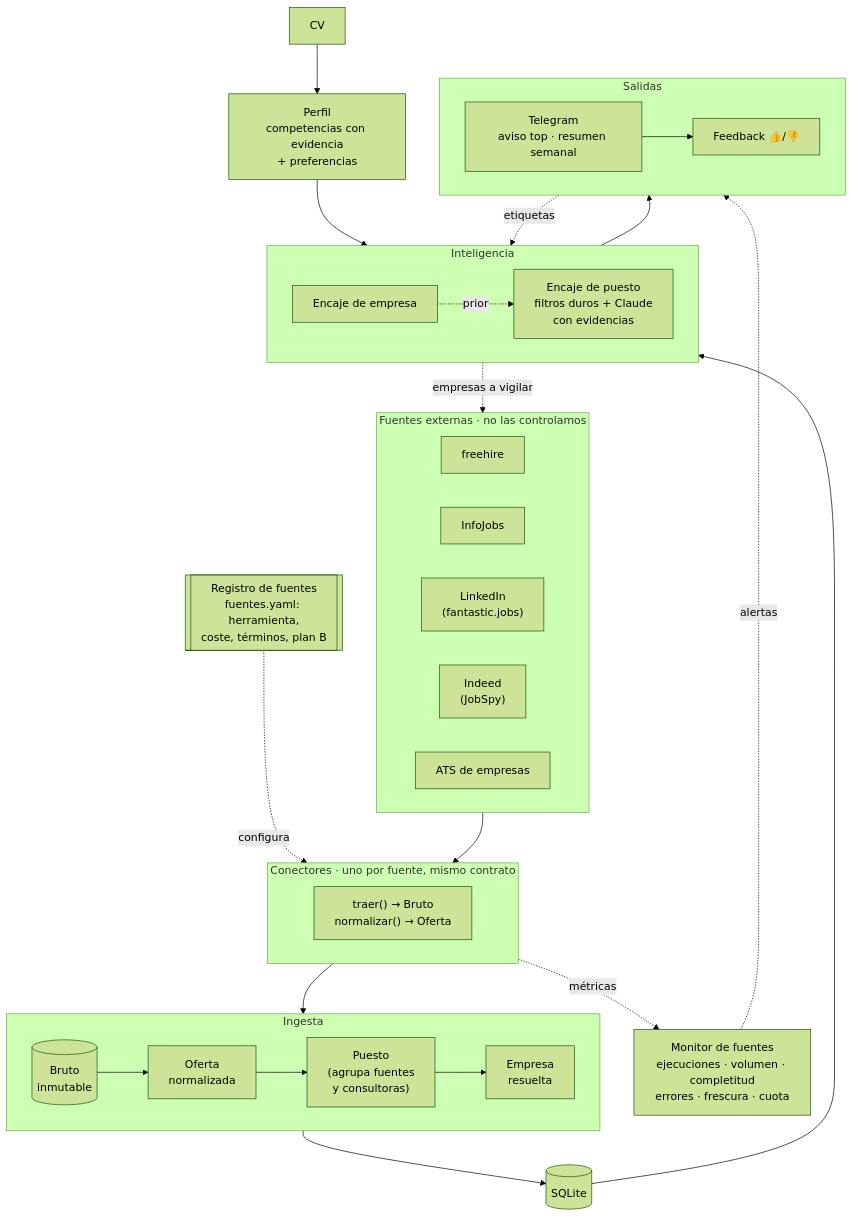
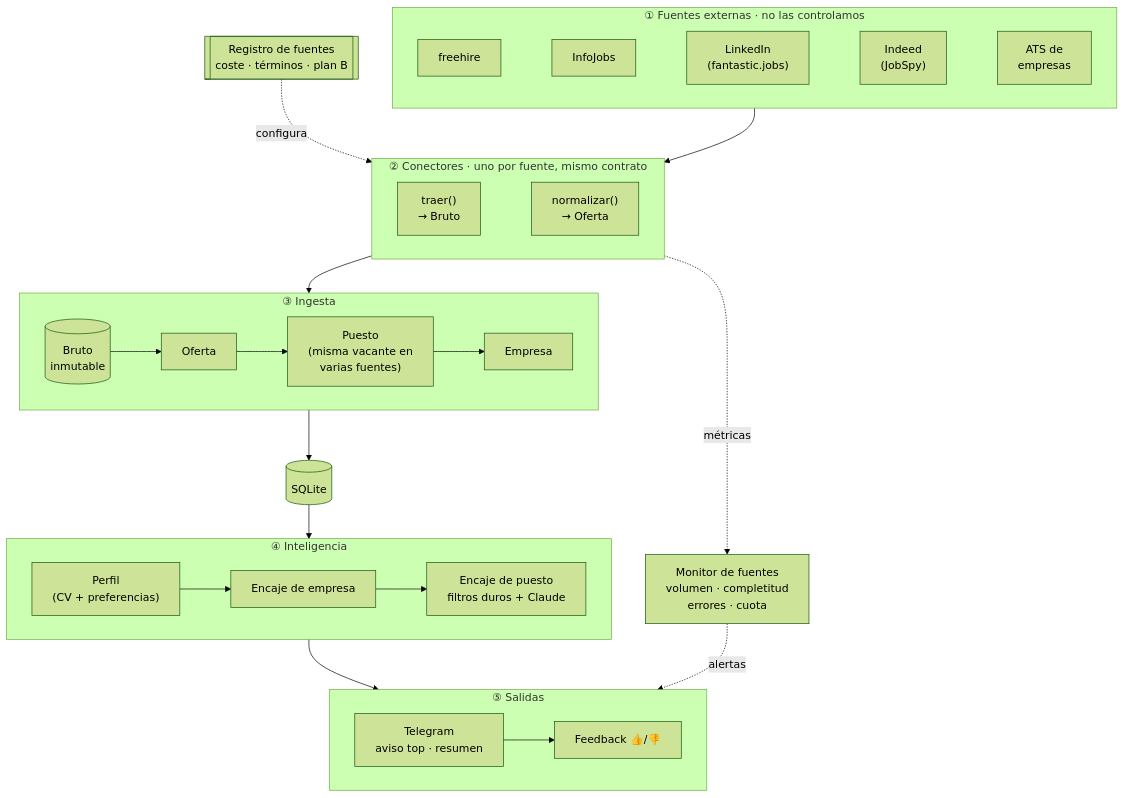
One commit to rubenhig/job-radar changed the first of 2 diagrams in docs/arquitectura.md. Above: the diagram before and after it, drawn with Mermaid (forest theme). The commit also changed other lines of this file, not shown here.

Commit message:
Diagrama de arquitectura más legible (sin ciclos)

````diff
--- a/docs/arquitectura.md
+++ b/docs/arquitectura.md
@@ -23,52 +23,37 @@
 ```mermaid
 flowchart TB
-    subgraph EXT["Fuentes externas · no las controlamos"]
+    subgraph EXT["① Fuentes externas · no las controlamos"]
         direction LR
-        FH[freehire]
-        IJ[InfoJobs]
-        LI["LinkedIn<br/>(fantastic.jobs)"]
-        IN["Indeed<br/>(JobSpy)"]
-        AT[ATS de empresas]
+        FH[freehire] ~~~ IJ[InfoJobs] ~~~ LI["LinkedIn<br/>(fantastic.jobs)"] ~~~ IN["Indeed<br/>(JobSpy)"] ~~~ AT["ATS de<br/>empresas"]
     end
 
-    subgraph CON["Conectores · uno por fuente, mismo contrato"]
+    subgraph CON["② Conectores · uno por fuente, mismo contrato"]
         direction LR
-        C["traer() → Bruto<br/>normalizar() → Oferta"]
+        TR["traer()<br/>→ Bruto"] ~~~ NZ["normalizar()<br/>→ Oferta"]
     end
 
-    REG[["Registro de fuentes<br/>fuentes.yaml: herramienta,<br/>coste, términos, plan B"]]
+    REG[["Registro de fuentes<br/>coste · términos · plan B"]]
+    MON["Monitor de fuentes<br/>volumen · completitud<br/>errores · cuota"]
 
-    subgraph ING["Ingesta"]
+    subgraph ING["③ Ingesta"]
         direction LR
-        BR[(Bruto<br/>inmutable)] --> NO[Oferta<br/>normalizada] --> PU["Puesto<br/>(agrupa fuentes<br/>y consultoras)"] --> EM[Empresa<br/>resuelta]
-    end
-
-    MON["Monitor de fuentes<br/>ejecuciones · volumen · completitud<br/>errores · frescura · cuota"]
-
-    CV[CV] --> PER["Perfil<br/>competencias con evidencia<br/>+ preferencias"]
-
-    subgraph INT["Inteligencia"]
-        direction LR
-        PE["Encaje de empresa"]
-        PO["Encaje de puesto<br/>filtros duros + Claude<br/>con evidencias"]
-        PE -. prior .-> PO
-    end
-
-    subgraph SAL["Salidas"]
-        direction LR
-        AV["Telegram<br/>aviso top · resumen semanal"] --> FB["Feedback 👍/👎"]
+        BR[(Bruto<br/>inmutable)] --> NO[Oferta] --> PU["Puesto<br/>(misma vacante en<br/>varias fuentes)"] --> EM[Empresa]
     end
 
     DB[(SQLite)]
 
-    EXT --> CON --> ING
+    subgraph INT["④ Inteligencia"]
+        direction LR
+        PER["Perfil<br/>(CV + preferencias)"] --> PE[Encaje de empresa] --> PO["Encaje de puesto<br/>filtros duros + Claude"]
+    end
+
+    subgraph SAL["⑤ Salidas"]
+        direction LR
+        AV["Telegram<br/>aviso top · resumen"] --> FB["Feedback 👍/👎"]
+    end
+
     REG -. configura .-> CON
+    EXT --> CON --> ING --> DB --> INT --> SAL
     CON -. métricas .-> MON
-    ING --> DB
-    DB --> INT
-    PER --> INT
-    INT --> SAL
-    FB -. etiquetas .-> INT
-    MON -. alertas .-> AV
-    PE -. empresas a vigilar .-> AT
+    MON -. alertas .-> SAL
 ```
````
